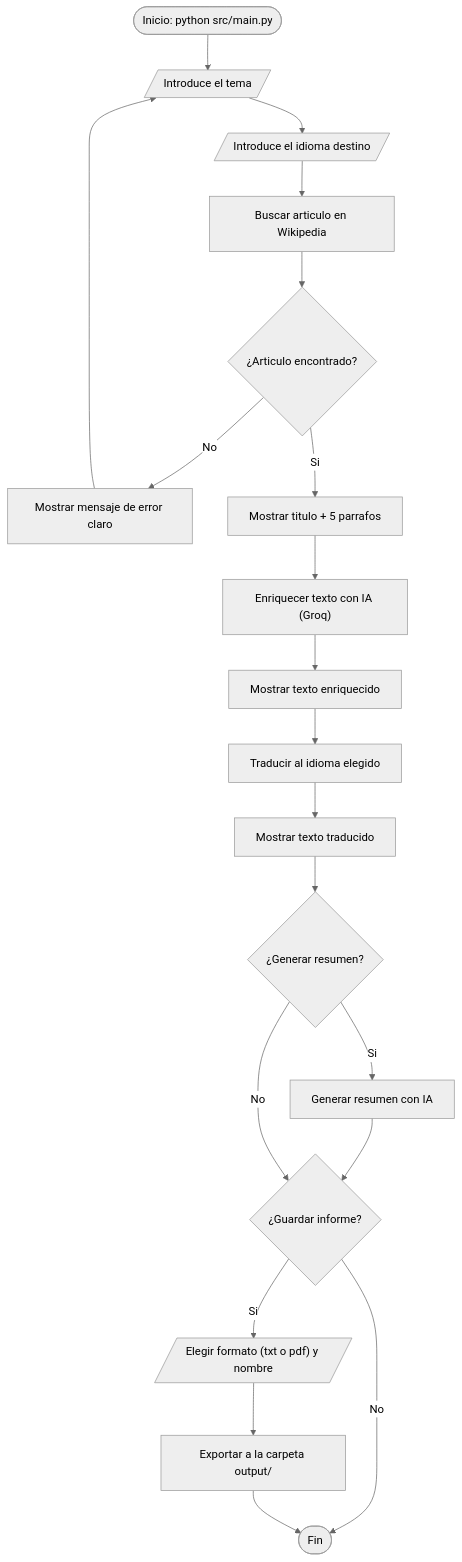
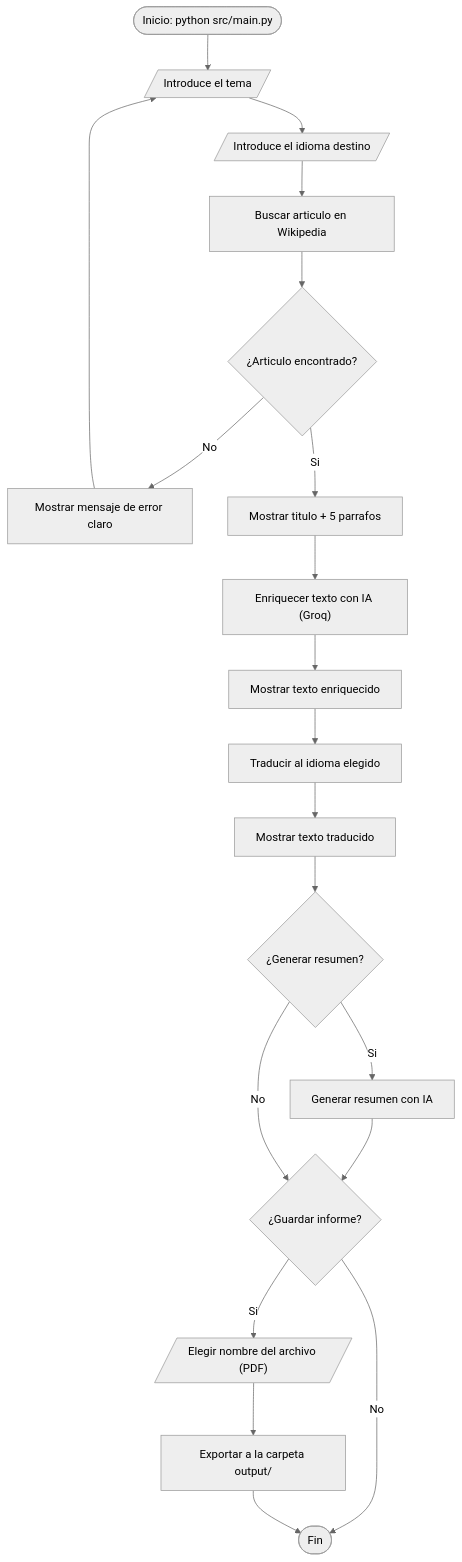
One commit to DhanaCorredor/Content-Enrichment changed the first of 3 diagrams in docs/NOTION.md. Above: the diagram before and after it, drawn with Mermaid (neutral theme). The commit also changed other lines of this file and 2 other files, not shown here.

Commit message:
docs: drop TXT export, document PDF as the only output format

````diff
--- a/docs/NOTION.md
+++ b/docs/NOTION.md
@@ -26,22 +26,22 @@
 ```mermaid
 flowchart TD
     A(["Inicio: python src/main.py"]) --> B[/"Introduce el tema"/]
     B --> C[/"Introduce el idioma destino"/]
     C --> D["Buscar articulo en Wikipedia"]
     D --> E{"¿Articulo encontrado?"}
     E -- No --> F["Mostrar mensaje de error claro"]
     F --> B
     E -- Si --> G["Mostrar titulo + 5 parrafos"]
     G --> H["Enriquecer texto con IA (Groq)"]
     H --> I["Mostrar texto enriquecido"]
     I --> J["Traducir al idioma elegido"]
     J --> K["Mostrar texto traducido"]
     K --> L{"¿Generar resumen?"}
     L -- Si --> M["Generar resumen con IA"]
     M --> N{"¿Guardar informe?"}
     L -- No --> N
     N -- No --> Z(["Fin"])
-    N -- Si --> O[/"Elegir formato (txt o pdf) y nombre"/]
+    N -- Si --> O[/"Elegir nombre del archivo (PDF)"/]
     O --> P["Exportar a la carpeta output/"]
     P --> Z
 ```
````
